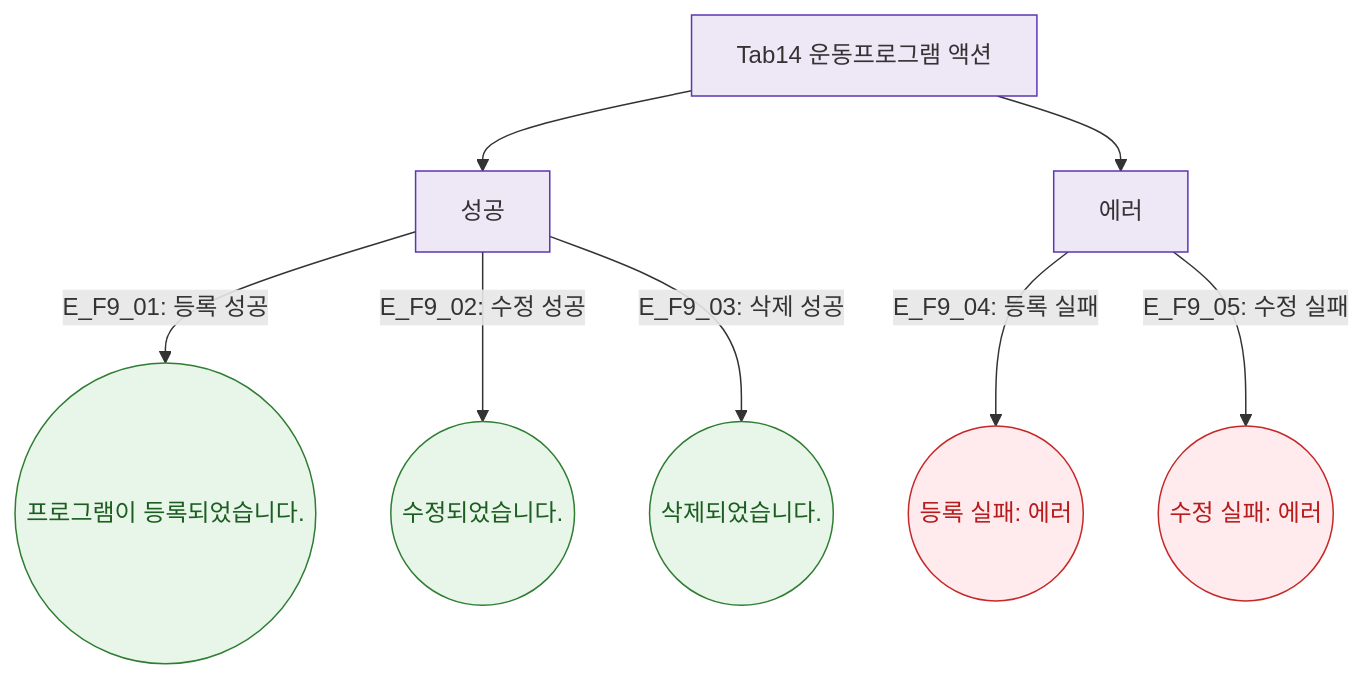
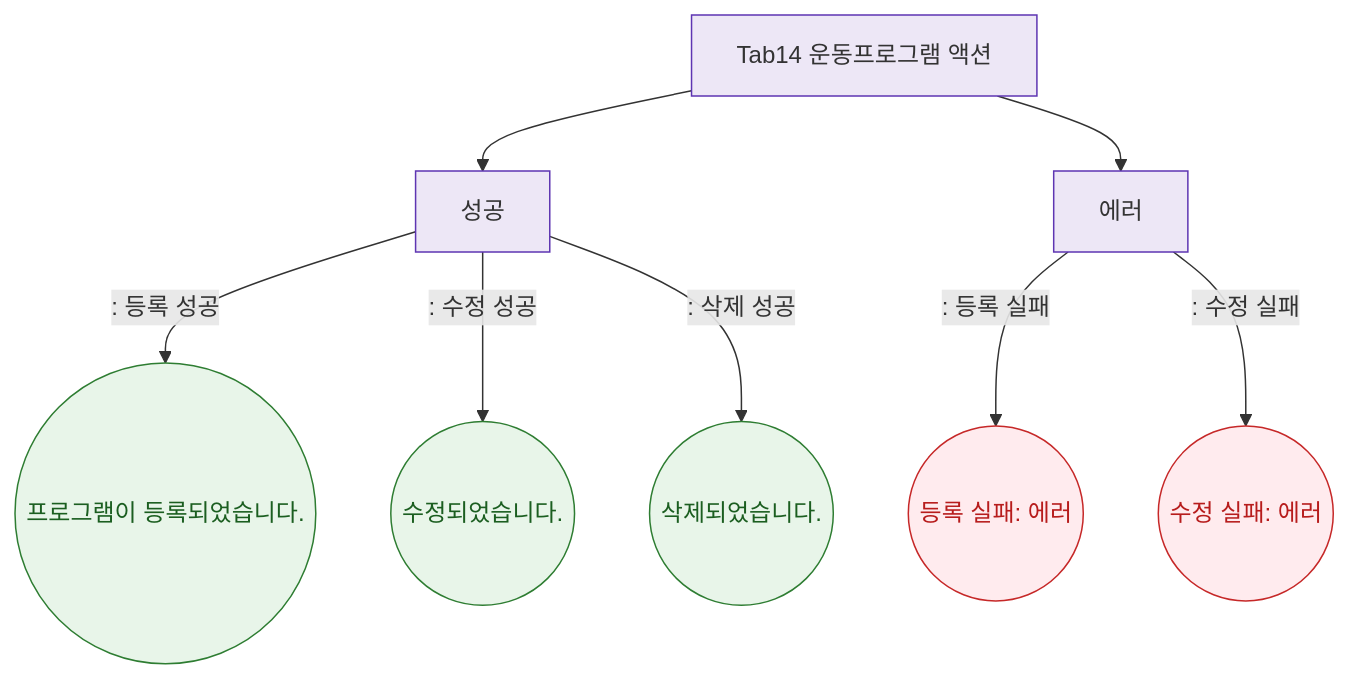
Before and after one commit to dev-spogym/admin-pando: the diagram in docs/다이어그램/D02_회원관리/SCR-M004_회원상세/Tab14_운동프로그램/F9_토스트.md, drawn with Mermaid. The commit also changed other lines of this file and 1660 other files, not shown here.

First line of the commit message:
다이어그램: 기획자/클라이언트 납품본으로 정리

````diff
--- a/docs/다이어그램/D02_회원관리/SCR-M004_회원상세/Tab14_운동프로그램/F9_토스트.md
+++ b/docs/다이어그램/D02_회원관리/SCR-M004_회원상세/Tab14_운동프로그램/F9_토스트.md
@@ -22,18 +20,18 @@
 ```mermaid
 flowchart TD
   ACTIONS[Tab14 운동프로그램 액션] --> T_OK[성공]
   ACTIONS --> T_ERR[에러]
 
-  T_OK -->|"E_F9_01: 등록 성공"| TS1((프로그램이 등록되었습니다.))
-  T_OK -->|"E_F9_02: 수정 성공"| TS2((수정되었습니다.))
-  T_OK -->|"E_F9_03: 삭제 성공"| TS3((삭제되었습니다.))
-  T_ERR -->|"E_F9_04: 등록 실패"| TE1((등록 실패: 에러))
-  T_ERR -->|"E_F9_05: 수정 실패"| TE2((수정 실패: 에러))
+  T_OK -->|": 등록 성공"|TS1((프로그램이 등록되었습니다.))
+  T_OK -->|": 수정 성공"|TS2((수정되었습니다.))
+  T_OK -->|": 삭제 성공"|TS3((삭제되었습니다.))
+  T_ERR -->|": 등록 실패"|TE1((등록 실패: 에러))
+  T_ERR -->|": 수정 실패"|TE2((수정 실패: 에러))
 
   classDef success fill:#E8F5E9,stroke:#2E7D32,color:#1B5E20
   classDef error fill:#FFEBEE,stroke:#C62828,color:#B71C1C
   classDef system fill:#EDE7F6,stroke:#5E35B2
   class TS1,TS2,TS3 success
   class TE1,TE2 error
   class ACTIONS,T_OK,T_ERR system
 ```
````
